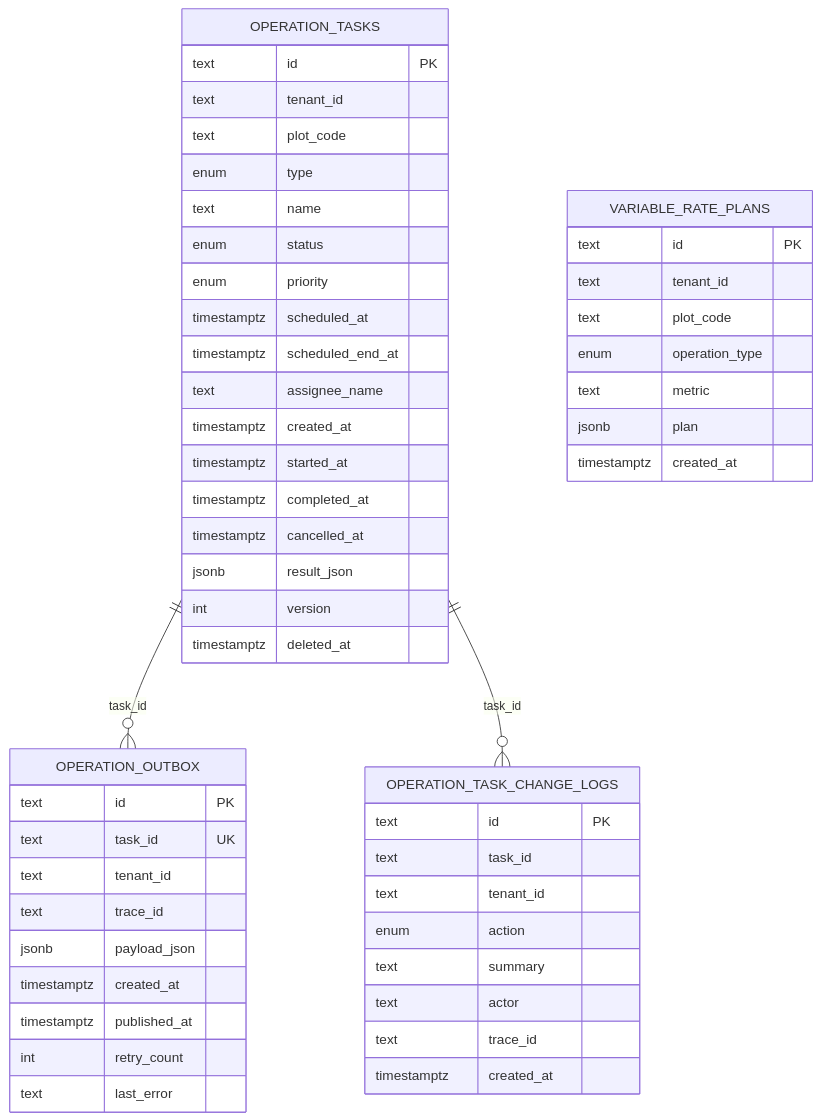
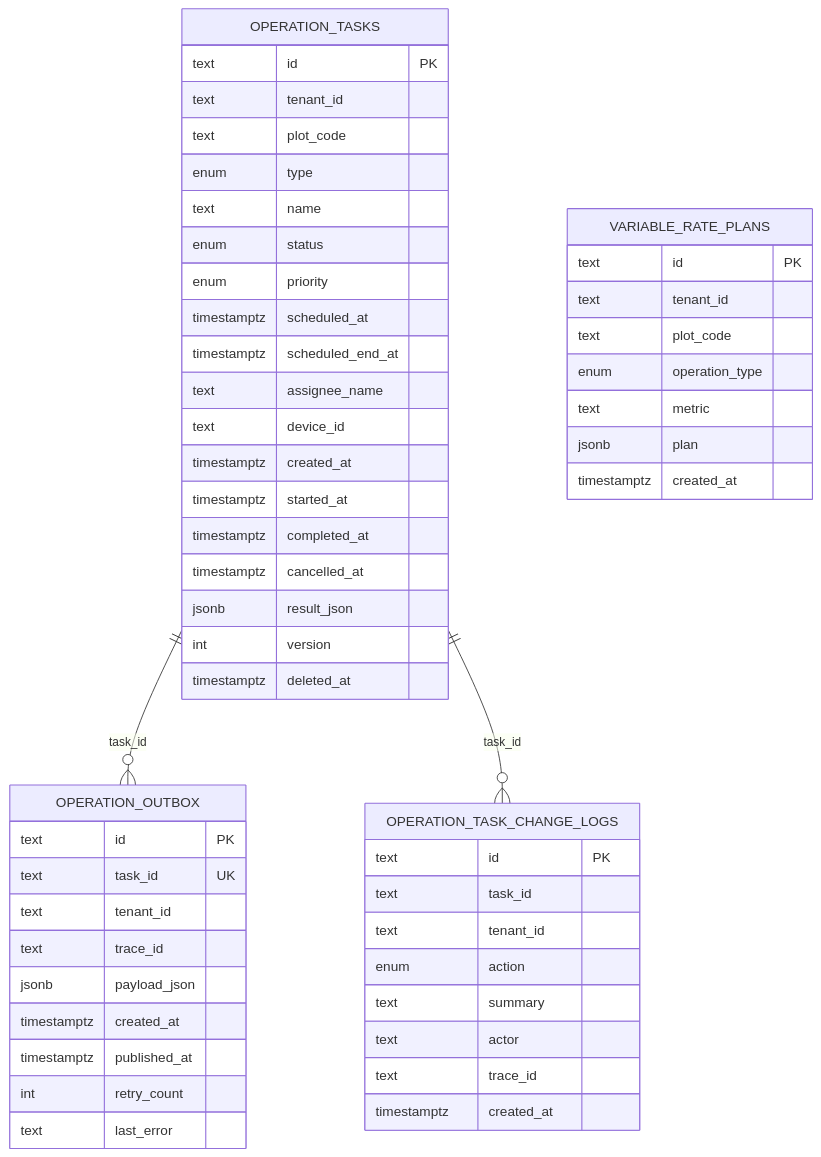
One commit to q446328246/agri-platform changed diagram 14 of 14 in .qoder/repowiki/zh/content/核心服务文档/作业服务/作业服务.md. Above: the diagram before and after it, drawn with Mermaid. The commit also changed other lines of this file and 47 other files, not shown here.

````diff
--- a/.qoder/repowiki/zh/content/核心服务文档/作业服务/作业服务.md
+++ b/.qoder/repowiki/zh/content/核心服务文档/作业服务/作业服务.md
@@ -772,54 +852,55 @@
 ```mermaid
 erDiagram
 OPERATION_TASKS {
 text id PK
 text tenant_id
 text plot_code
 enum type
 text name
 enum status
 enum priority
 timestamptz scheduled_at
 timestamptz scheduled_end_at
 text assignee_name
+text device_id
 timestamptz created_at
 timestamptz started_at
 timestamptz completed_at
 timestamptz cancelled_at
 jsonb result_json
 int version
 timestamptz deleted_at
 }
 OPERATION_OUTBOX {
 text id PK
 text task_id UK
 text tenant_id
 text trace_id
 jsonb payload_json
 timestamptz created_at
 timestamptz published_at
 int retry_count
 text last_error
 }
 OPERATION_TASK_CHANGE_LOGS {
 text id PK
 text task_id
 text tenant_id
 enum action
 text summary
 text actor
 text trace_id
 timestamptz created_at
 }
 VARIABLE_RATE_PLANS {
 text id PK
 text tenant_id
 text plot_code
 enum operation_type
 text metric
 jsonb plan
 timestamptz created_at
 }
 OPERATION_TASKS ||--o{ OPERATION_OUTBOX : "task_id"
 OPERATION_TASKS ||--o{ OPERATION_TASK_CHANGE_LOGS : "task_id"
 ```
````
